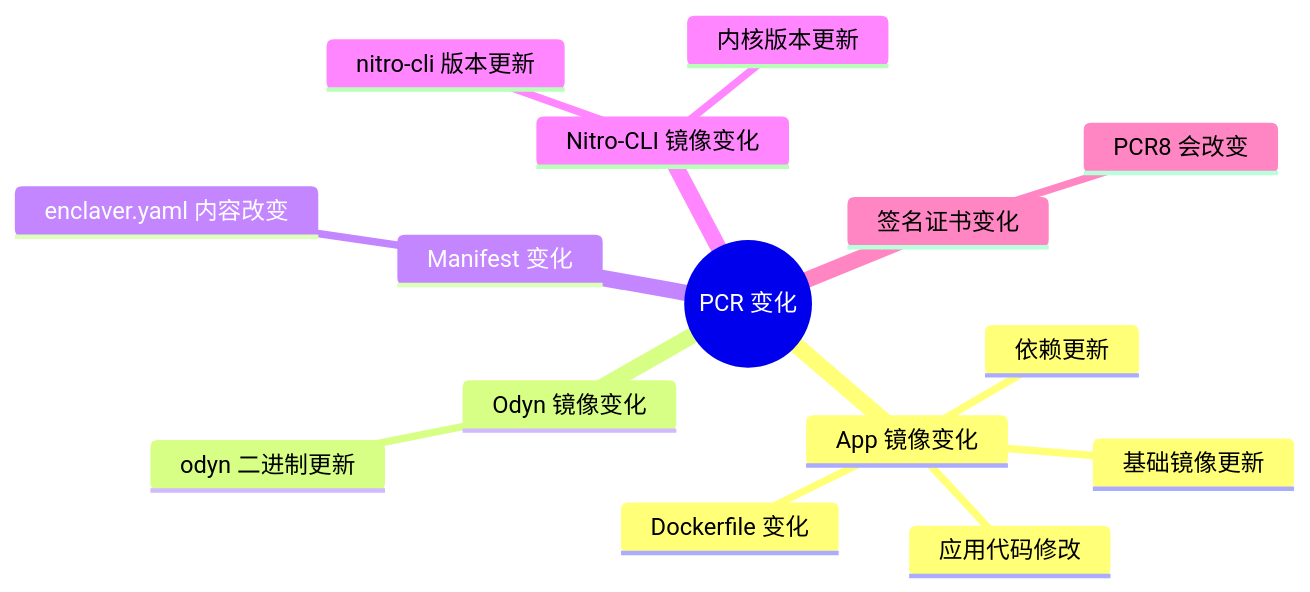
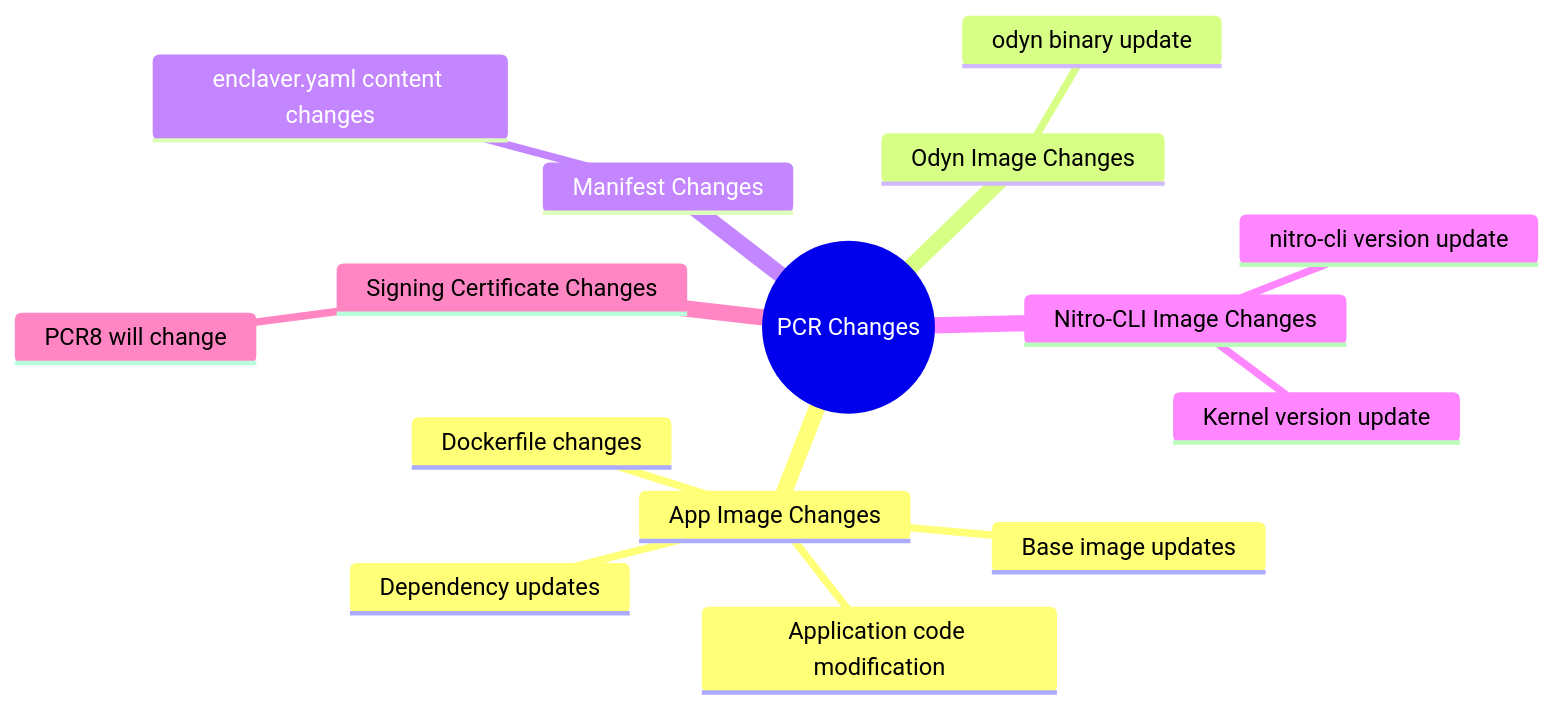
The second of 3 diagrams in docs/reproducible-enclaver-build.md (enclaver-io/enclaver), drawn with Mermaid before and after one commit. The commit also changed other lines of this file and 1 other file, not shown here.

````diff
--- a/docs/reproducible-enclaver-build.md
+++ b/docs/reproducible-enclaver-build.md
@@ -114,18 +114,18 @@
 ```mermaid
 mindmap
-  root((PCR 变化))
-    App 镜像变化
-      应用代码修改
-      依赖更新
-      Dockerfile 变化
-      基础镜像更新
-    Odyn 镜像变化
-      odyn 二进制更新
-    Manifest 变化
-      enclaver.yaml 内容改变
-    Nitro-CLI 镜像变化
-      nitro-cli 版本更新
-      内核版本更新
-    签名证书变化
-      PCR8 会改变
+  root((PCR Changes))
+    App Image Changes
+      Application code modification
+      Dependency updates
+      Dockerfile changes
+      Base image updates
+    Odyn Image Changes
+      odyn binary update
+    Manifest Changes
+      enclaver.yaml content changes
+    Nitro-CLI Image Changes
+      nitro-cli version update
+      Kernel version update
+    Signing Certificate Changes
+      PCR8 will change
 ```
````
